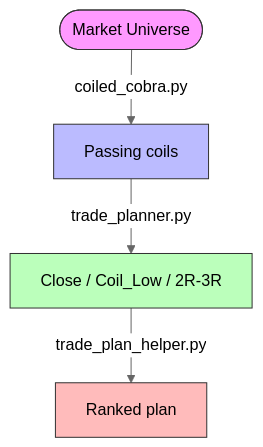
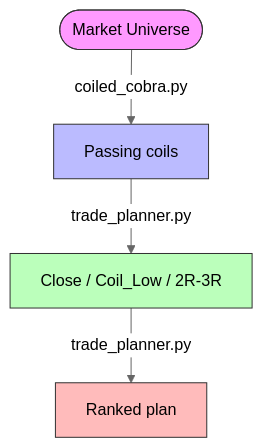
One commit to jigar3730/finance-vibe changed the diagram in Trade Plan Calculations.md. Above: the diagram before and after it, drawn with Mermaid (neutral theme). The commit also changed other lines of this file and 32 other files, not shown here.

````diff
--- a/Trade Plan Calculations.md
+++ b/Trade Plan Calculations.md
@@ -11,12 +11,12 @@
 ```mermaid
 graph TD
     A([Market Universe])
     A -->|coiled_cobra.py| B[Passing coils]
     B -->|trade_planner.py| C[Close / Coil_Low / 2R-3R]
-    C -->|trade_plan_helper.py| D[Ranked plan]
+    C -->|trade_planner.py| D[Ranked plan]
 
     style A fill:#f9f,stroke:#333,stroke-width:1px
     style B fill:#bbf,stroke:#333,stroke-width:1px
     style C fill:#bfb,stroke:#333,stroke-width:1px
     style D fill:#fbb,stroke:#333,stroke-width:1px
 ```
````
